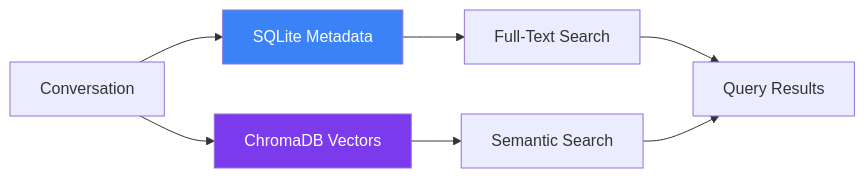
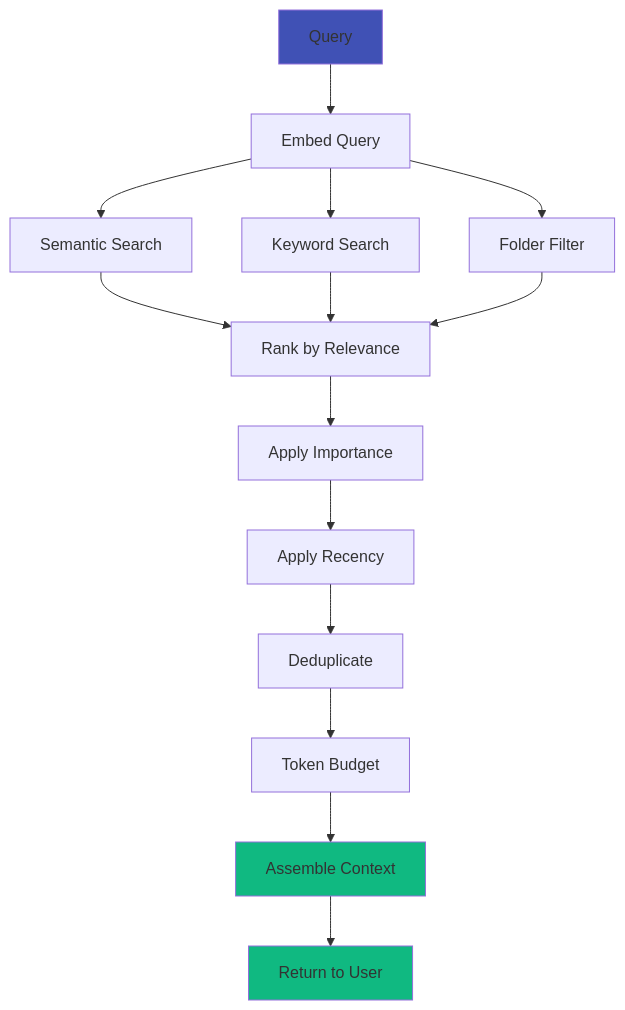
Before and after one commit to sekha-ai/sekha-website: the fourth of 5 diagrams in docs/architecture/index.md, drawn with Mermaid. The commit also changed other lines of this file and 1 other file, not shown here.

First line of the commit message:
docs: add first conversation, architecture, and deployment guides

````diff
--- a/docs/architecture/index.md
+++ b/docs/architecture/index.md
@@ -77,11 +231,23 @@
 ```mermaid
-graph LR
-    A[Conversation] --> B[SQLite Metadata]
-    A --> C[ChromaDB Vectors]
-    B --> D[Full-Text Search]
-    C --> E[Semantic Search]
-    D --> F[Query Results]
+graph TD
+    A[Query] --> B[Embed Query]
+    B --> C[Semantic Search]
+    B --> D[Keyword Search]
+    B --> E[Folder Filter]
+    
+    C --> F[Rank by Relevance]
+    D --> F
     E --> F
-    style B fill:#3b82f6,color:#fff
-    style C fill:#7c3aed,color:#fff
+    
+    F --> G[Apply Importance]
+    G --> H[Apply Recency]
+    H --> I[Deduplicate]
+    I --> J[Token Budget]
+    J --> K[Assemble Context]
+    
+    K --> L[Return to User]
+    
+    style A fill:#4051b5
+    style K fill:#10b981
+    style L fill:#10b981
 ```
````
